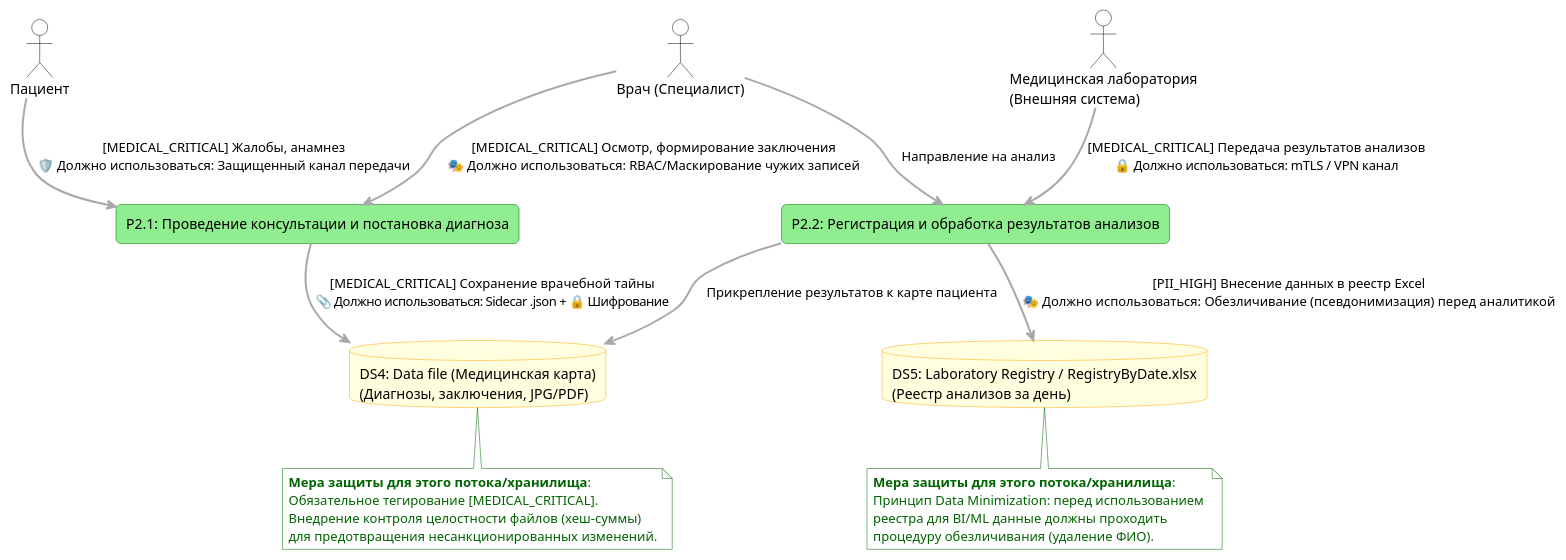
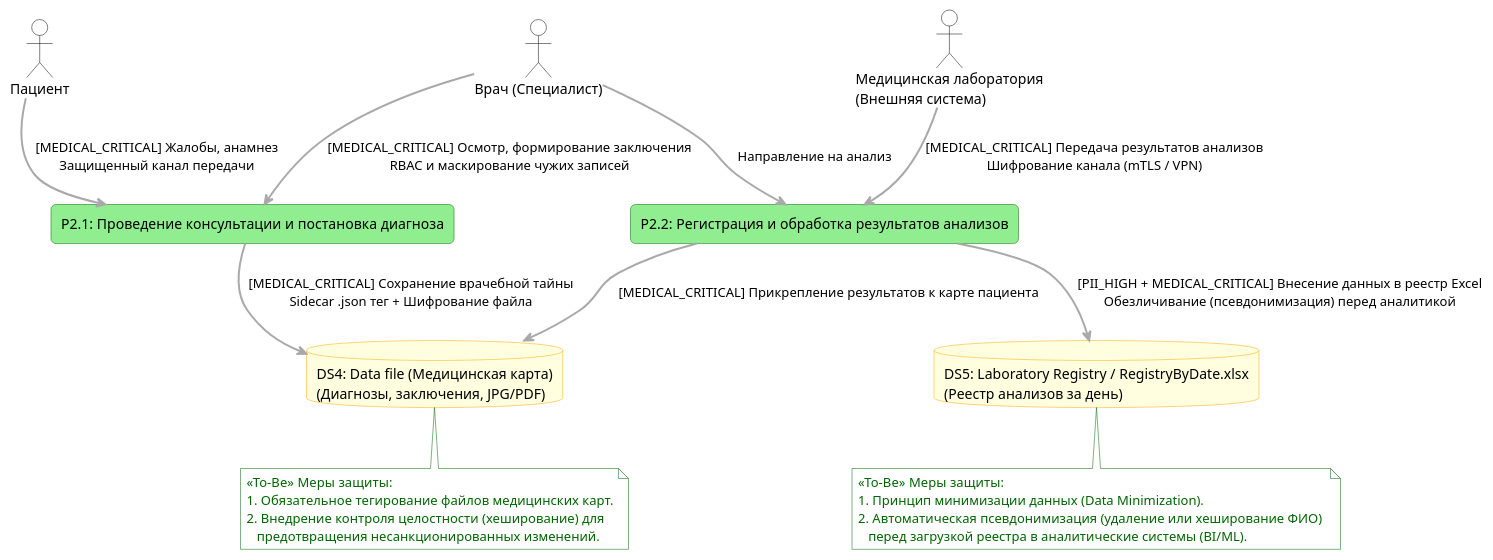
The diagram in Task1/diagrams/БП-2_оказание_медицинских_услуг_и_учёт_анализов_(tobe).puml (binom1982/yandex-practicum-architecture-pro--architecture-medikamente), drawn with PlantUML before and after one commit. The commit also changed 2 other files, not shown here.

```diff
--- a/Task1/diagrams/БП-2_оказание_медицинских_услуг_и_учёт_анализов_(tobe).puml
+++ b/Task1/diagrams/БП-2_оказание_медицинских_услуг_и_учёт_анализов_(tobe).puml
@@ -1,65 +1,63 @@
 @startuml БП-2_оказание_медицинских_услуг_и_учет_анализов
 skinparam monochrome false
 skinparam shadowing false
 skinparam defaultFontName Arial
 top to bottom direction
 
 skinparam actor {
     BackgroundColor White
     BorderColor Black
 }
 skinparam rectangle {
     BackgroundColor LightGreen
     BorderColor DarkGreen
     RoundCorner 10
 }
 skinparam database {
     BackgroundColor LightYellow
     BorderColor Orange
     RoundCorner 10
 }
 skinparam arrow {
     Color DarkGray
     Thickness 2
 }
 skinparam note {
     BackgroundColor White
     BorderColor DarkGreen
     FontColor DarkGreen
 }
 
 actor "Пациент" as Patient
 actor "Врач (Специалист)" as Doctor
 actor "Медицинская лаборатория\n(Внешняя система)" as Lab
 
-' ОРИГИНАЛЬНЫЕ НАЗВАНИЯ ПРОЦЕССОВ
 rectangle "P2.1: Проведение консультации и постановка диагноза" as P2_1
 rectangle "P2.2: Регистрация и обработка результатов анализов" as P2_2
 
-' ОРИГИНАЛЬНЫЕ НАЗВАНИЯ ХРАНИЛИЩ + АННОТАЦИИ МЕР ЗАЩИТЫ
 database "DS4: Data file (Медицинская карта)\n(Диагнозы, заключения, JPG/PDF)" as DS4
 database "DS5: Laboratory Registry / RegistryByDate.xlsx\n(Реестр анализов за день)" as DS5
 
-Patient -down-> P2_1 : "[MEDICAL_CRITICAL] Жалобы, анамнез\n🛡️ Должно использоваться: Защищенный канал передачи"
-Doctor -down-> P2_1 : "[MEDICAL_CRITICAL] Осмотр, формирование заключения\n🎭 Должно использоваться: RBAC/Маскирование чужих записей"
-P2_1 -down-> DS4 : "[MEDICAL_CRITICAL] Сохранение врачебной тайны\n📎 Должно использоваться: Sidecar .json + 🔒 Шифрование"
+Patient -down-> P2_1 : "[MEDICAL_CRITICAL] Жалобы, анамнез\nЗащищенный канал передачи"
+Doctor -down-> P2_1 : "[MEDICAL_CRITICAL] Осмотр, формирование заключения\nRBAC и маскирование чужих записей"
+P2_1 -down-> DS4 : "[MEDICAL_CRITICAL] Сохранение врачебной тайны\nSidecar .json тег + Шифрование файла"
 
-Lab -down-> P2_2 : "[MEDICAL_CRITICAL] Передача результатов анализов\n🔒 Должно использоваться: mTLS / VPN канал"
+Lab -down-> P2_2 : "[MEDICAL_CRITICAL] Передача результатов анализов\nШифрование канала (mTLS / VPN)"
 Doctor -down-> P2_2 : "Направление на анализ"
-P2_2 -down-> DS5 : "[PII_HIGH] Внесение данных в реестр Excel\n🎭 Должно использоваться: Обезличивание (псевдонимизация) перед аналитикой"
-P2_2 -right-> DS4 : "Прикрепление результатов к карте пациента"
+P2_2 -down-> DS5 : "[PII_HIGH + MEDICAL_CRITICAL] Внесение данных в реестр Excel\nОбезличивание (псевдонимизация) перед аналитикой"
+P2_2 -right-> DS4 : "[MEDICAL_CRITICAL] Прикрепление результатов к карте пациента"
 
 note bottom of DS4
-  **Мера защиты для этого потока/хранилища**: 
-  Обязательное тегирование [MEDICAL_CRITICAL]. 
-  Внедрение контроля целостности файлов (хеш-суммы) 
-  для предотвращения несанкционированных изменений.
+  <<To-Be>> Меры защиты:
+  1. Обязательное тегирование файлов медицинских карт.
+  2. Внедрение контроля целостности (хеширование) для 
+     предотвращения несанкционированных изменений.
 end note
 
 note bottom of DS5
-  **Мера защиты для этого потока/хранилища**: 
-  Принцип Data Minimization: перед использованием 
-  реестра для BI/ML данные должны проходить 
-  процедуру обезличивания (удаление ФИО).
+  <<To-Be>> Меры защиты:
+  1. Принцип минимизации данных (Data Minimization).
+  2. Автоматическая псевдонимизация (удаление или хеширование ФИО) 
+     перед загрузкой реестра в аналитические системы (BI/ML).
 end note
 @enduml
```
